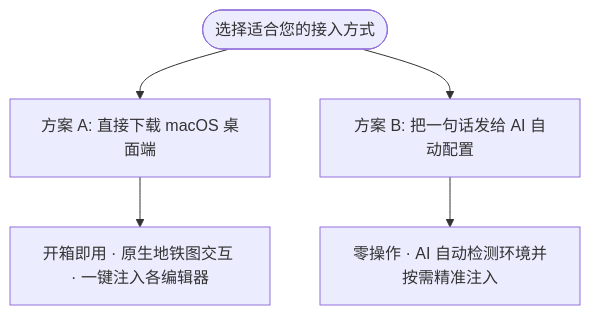
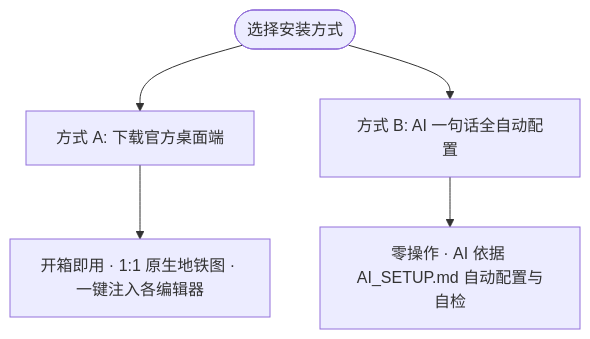
Before and after one commit to yubinbin32-ops/ContextOS: the second of 2 diagrams in README_zh.md, drawn with Mermaid. The commit also changed other lines of this file and 8 other files, not shown here.

````diff
--- a/README_zh.md
+++ b/README_zh.md
@@ -138,8 +152,8 @@
 ```mermaid
 graph TD
-    User([选择适合您的接入方式]) --> ChoiceA[方案 A: 直接下载 macOS 桌面端]
-    User --> ChoiceB[方案 B: 把一句话发给 AI 自动配置]
+    User([选择安装方式]) --> ChoiceA[方式 A: 下载官方桌面端]
+    User --> ChoiceB[方式 B: AI 一句话全自动配置]
     
-    ChoiceA --> FlowA[开箱即用 · 原生地铁图交互 · 一键注入各编辑器]
-    ChoiceB --> FlowB[零操作 · AI 自动检测环境并按需精准注入]
+    ChoiceA --> FlowA[开箱即用 · 1:1 原生地铁图 · 一键注入各编辑器]
+    ChoiceB --> FlowB[零操作 · AI 依据 AI_SETUP.md 自动配置与自检]
 ```
````
